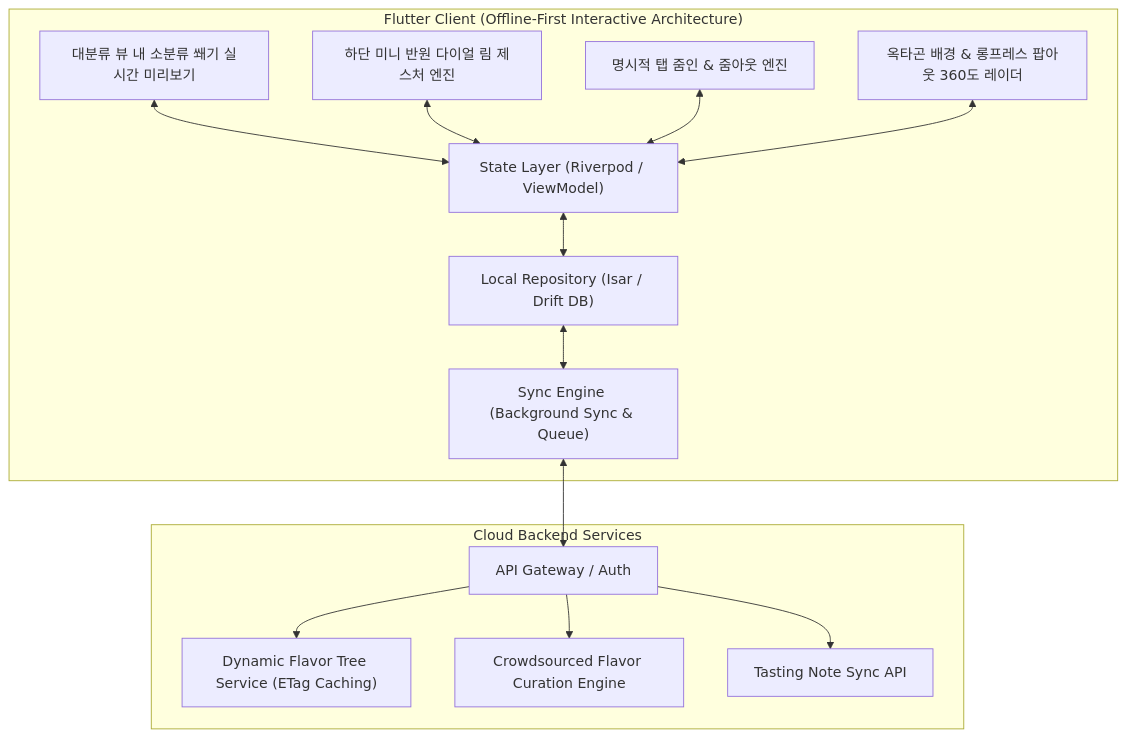
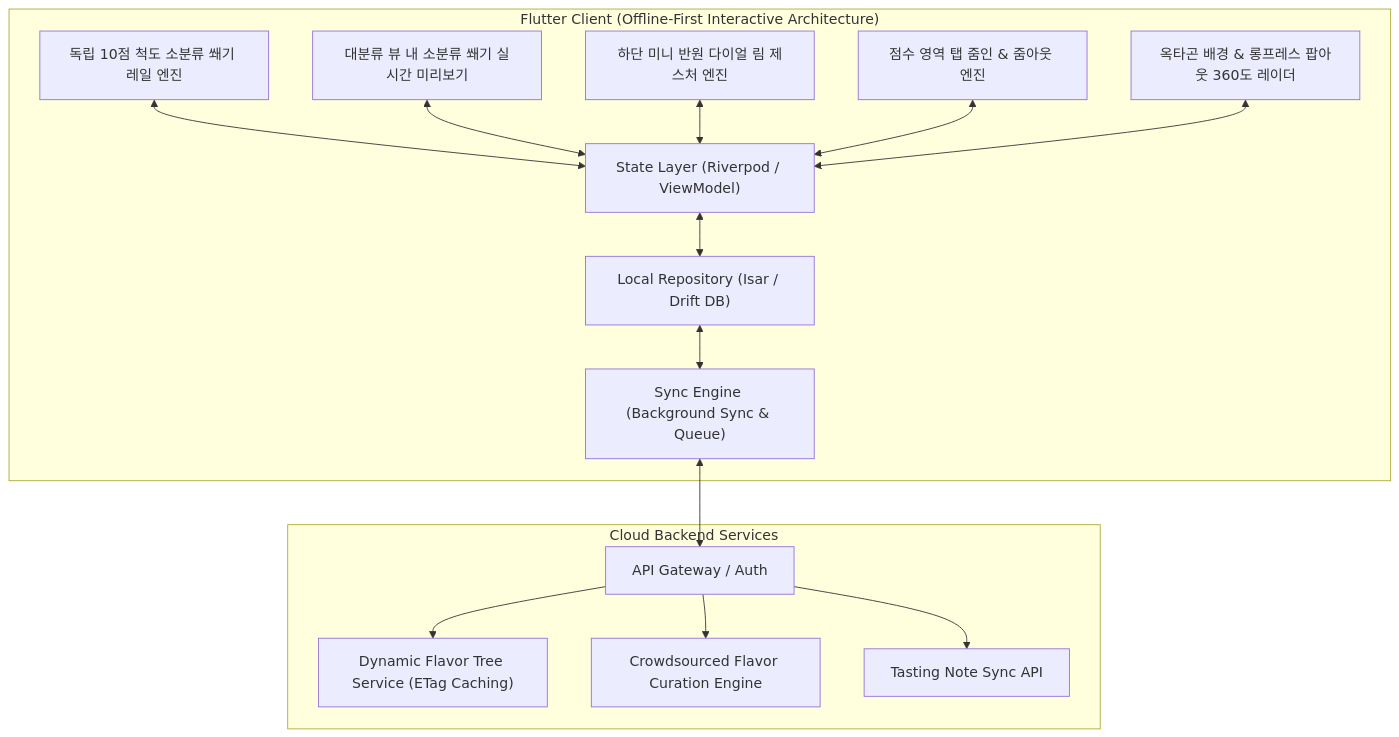
Before and after one commit to chanhooop/FlavorWheel: the diagram in README.md, drawn with Mermaid. The commit also changed other lines of this file and 1 other file, not shown here.

Commit message:
feat: 탭 뱃지 점수 영역 제거 및 소분류 10점 만점 독자 점수 체계 적용

````diff
--- a/README.md
+++ b/README.md
@@ -74,32 +82,34 @@
 ```mermaid
 graph TB
     subgraph Client ["Flutter Client (Offline-First Interactive Architecture)"]
+        ScaleEngine["독립 10점 척도 소분류 쐐기 레일 엔진"]
         InWheelPreviewEngine["대분류 뷰 내 소분류 쐐기 실시간 미리보기"]
         MiniDialEngine["하단 미니 반원 다이얼 림 제스처 엔진"]
-        TapZoomEngine["명시적 탭 줌인 & 줌아웃 엔진"]
+        TapZoomEngine["점수 영역 탭 줌인 & 줌아웃 엔진"]
         OctagonRadarEngine["옥타곤 배경 & 롱프레스 팝아웃 360도 레이더"]
 
         State["State Layer (Riverpod / ViewModel)"]
         SyncEngine["Sync Engine (Background Sync & Queue)"]
         LocalRepository["Local Repository (Isar / Drift DB)"]
 
+        ScaleEngine <--> State
         InWheelPreviewEngine <--> State
         MiniDialEngine <--> State
         TapZoomEngine <--> State
         OctagonRadarEngine <--> State
         State <--> LocalRepository
         LocalRepository <--> SyncEngine
     end
 
     subgraph RemoteBackend ["Cloud Backend Services"]
         Gateway["API Gateway / Auth"]
         TreeService["Dynamic Flavor Tree Service (ETag Caching)"]
         CurationService["Crowdsourced Flavor Curation Engine"]
         NoteService["Tasting Note Sync API"]
     end
 
     SyncEngine <--> Gateway
     Gateway --> TreeService
     Gateway --> CurationService
     Gateway --> NoteService
 ```
````
